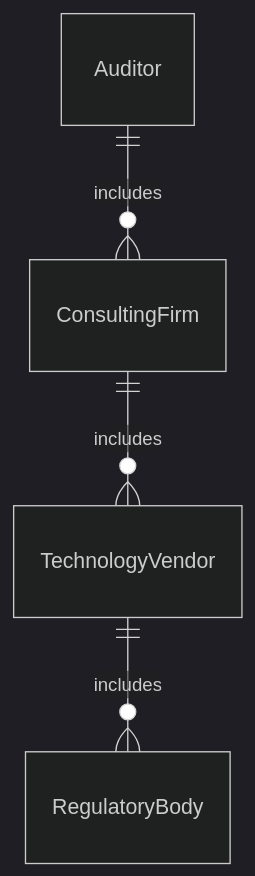
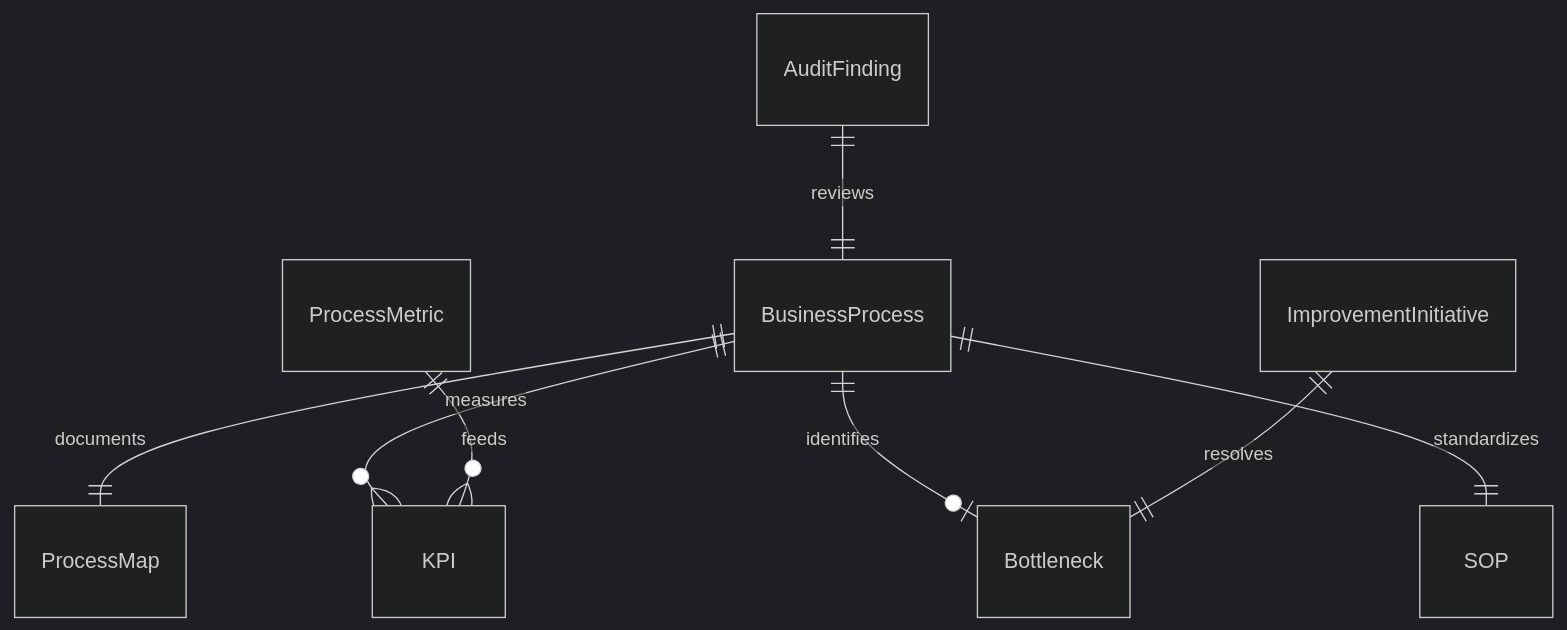
Before and after one commit to dot-org-ai/tasks.org.ai: the first of 4 diagrams in GuidingDirectingAndMotivatingSubordinates/DirectOrganizationalOperationsActivitiesOrProcedures/OverseeBusinessProcesses.mdx, drawn with Mermaid (dark theme). The commit also changed other lines of this file and 515 other files, not shown here.

````diff
--- a/GuidingDirectingAndMotivatingSubordinates/DirectOrganizationalOperationsActivitiesOrProcedures/OverseeBusinessProcesses.mdx
+++ b/GuidingDirectingAndMotivatingSubordinates/DirectOrganizationalOperationsActivitiesOrProcedures/OverseeBusinessProcesses.mdx
@@ -95,6 +95,10 @@
 ```mermaid
 erDiagram
-    Auditor ||--o{ ConsultingFirm : includes
-    ConsultingFirm ||--o{ TechnologyVendor : includes
-    TechnologyVendor ||--o{ RegulatoryBody : includes
+    BusinessProcess ||--|| ProcessMap : "documents"
+    BusinessProcess ||--o{ KPI : "measures"
+    BusinessProcess ||--o| Bottleneck : "identifies"
+    BusinessProcess ||--|| SOP : "standardizes"
+    AuditFinding ||--|| BusinessProcess : "reviews"
+    ImprovementInitiative ||--|| Bottleneck : "resolves"
+    ProcessMetric ||--o{ KPI : "feeds"
 ```
````
